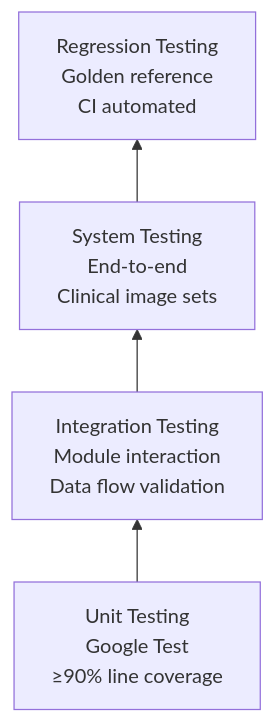
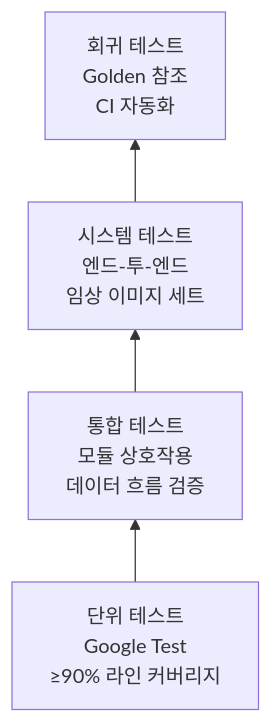
Before and after one commit to holee9/image-processing: the diagram in docs/post-processing/gsvg/GSVG-SVP-001_Verification_Plan.md, drawn with Mermaid. The commit also changed other lines of this file and 51 other files, not shown here.

````diff
--- a/docs/post-processing/gsvg/GSVG-SVP-001_Verification_Plan.md
+++ b/docs/post-processing/gsvg/GSVG-SVP-001_Verification_Plan.md
@@ -12,6 +12,6 @@
 ```mermaid
 graph BT
-    UT[Unit Testing<br/>Google Test<br/>≥90% line coverage] --> IT[Integration Testing<br/>Module interaction<br/>Data flow validation]
-    IT --> ST[System Testing<br/>End-to-end<br/>Clinical image sets]
-    ST --> REG[Regression Testing<br/>Golden reference<br/>CI automated]
+    UT[단위 테스트<br/>Google Test<br/>≥90% 라인 커버리지] --> IT[통합 테스트<br/>모듈 상호작용<br/>데이터 흐름 검증]
+    IT --> ST[시스템 테스트<br/>엔드-투-엔드<br/>임상 이미지 세트]
+    ST --> REG[회귀 테스트<br/>Golden 참조<br/>CI 자동화]
 ```
````
